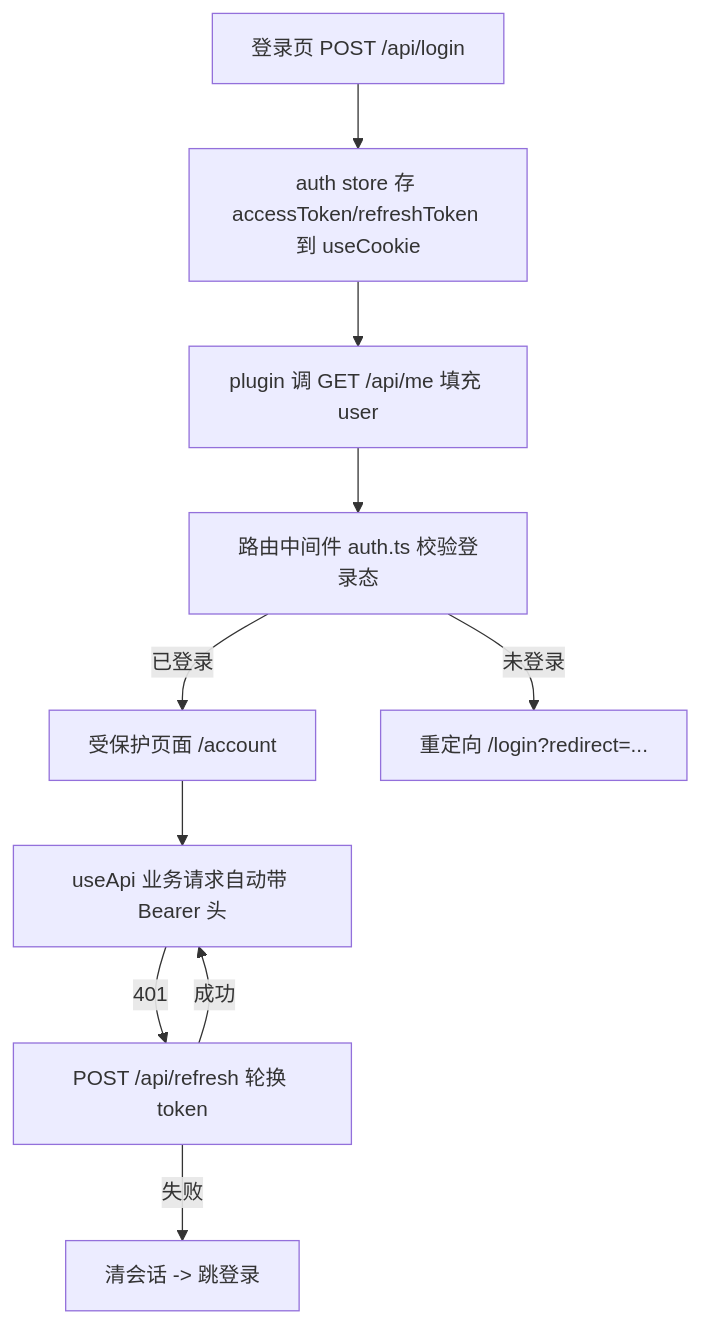
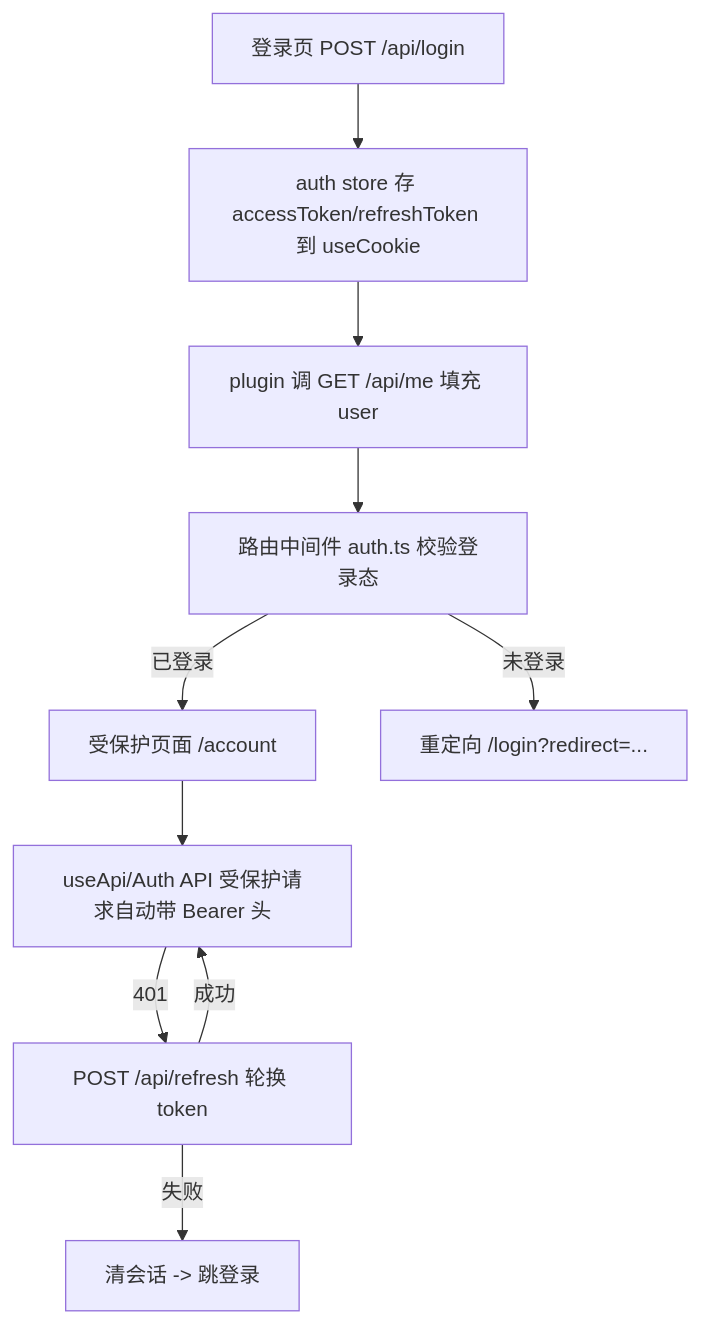
Before and after one commit to YanivWang/nuxt-modern-starter: the diagram in docs/登录注册.md, drawn with Mermaid. The commit also changed other lines of this file and 36 other files, not shown here.

````diff
--- a/docs/登录注册.md
+++ b/docs/登录注册.md
@@ -28,12 +28,12 @@
 ```mermaid
 flowchart TD
   login["登录页 POST /api/login"] --> store["auth store 存 accessToken/refreshToken 到 useCookie"]
   store --> hydrate["plugin 调 GET /api/me 填充 user"]
   hydrate --> guard["路由中间件 auth.ts 校验登录态"]
   guard -->|已登录| page["受保护页面 /account"]
   guard -->|未登录| redirect["重定向 /login?redirect=..."]
-  page --> apiCall["useApi 业务请求自动带 Bearer 头"]
+  page --> apiCall["useApi/Auth API 受保护请求自动带 Bearer 头"]
   apiCall -->|401| refresh["POST /api/refresh 轮换 token"]
   refresh -->|成功| apiCall
   refresh -->|失败| logout["清会话 -> 跳登录"]
 ```
````
